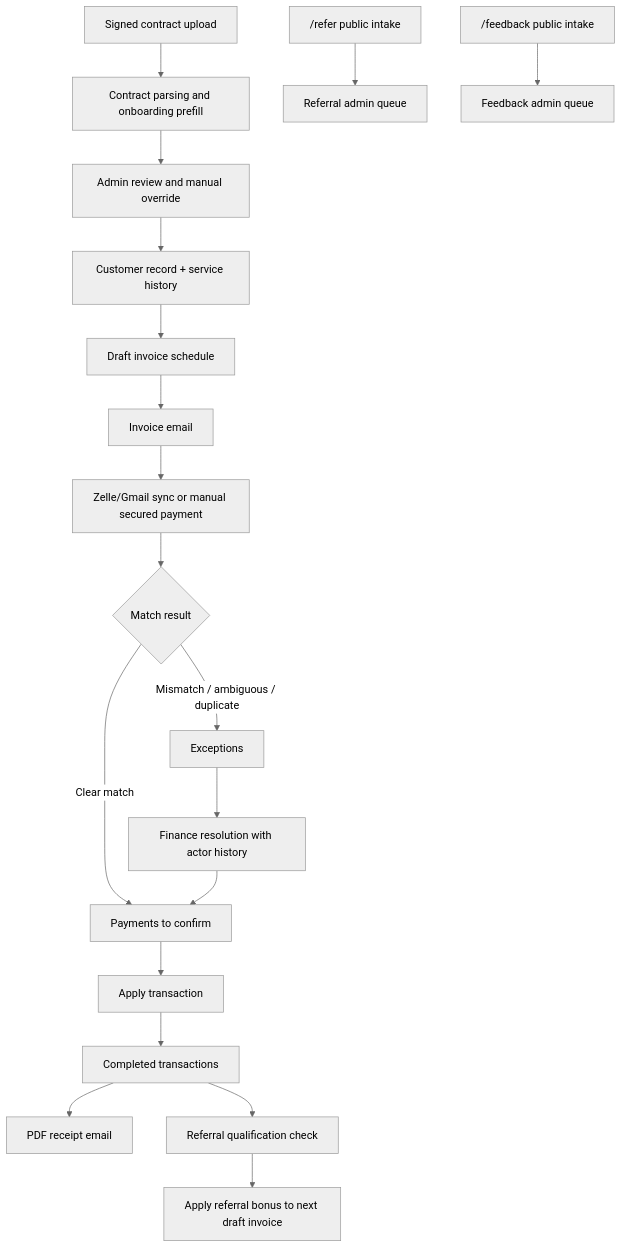
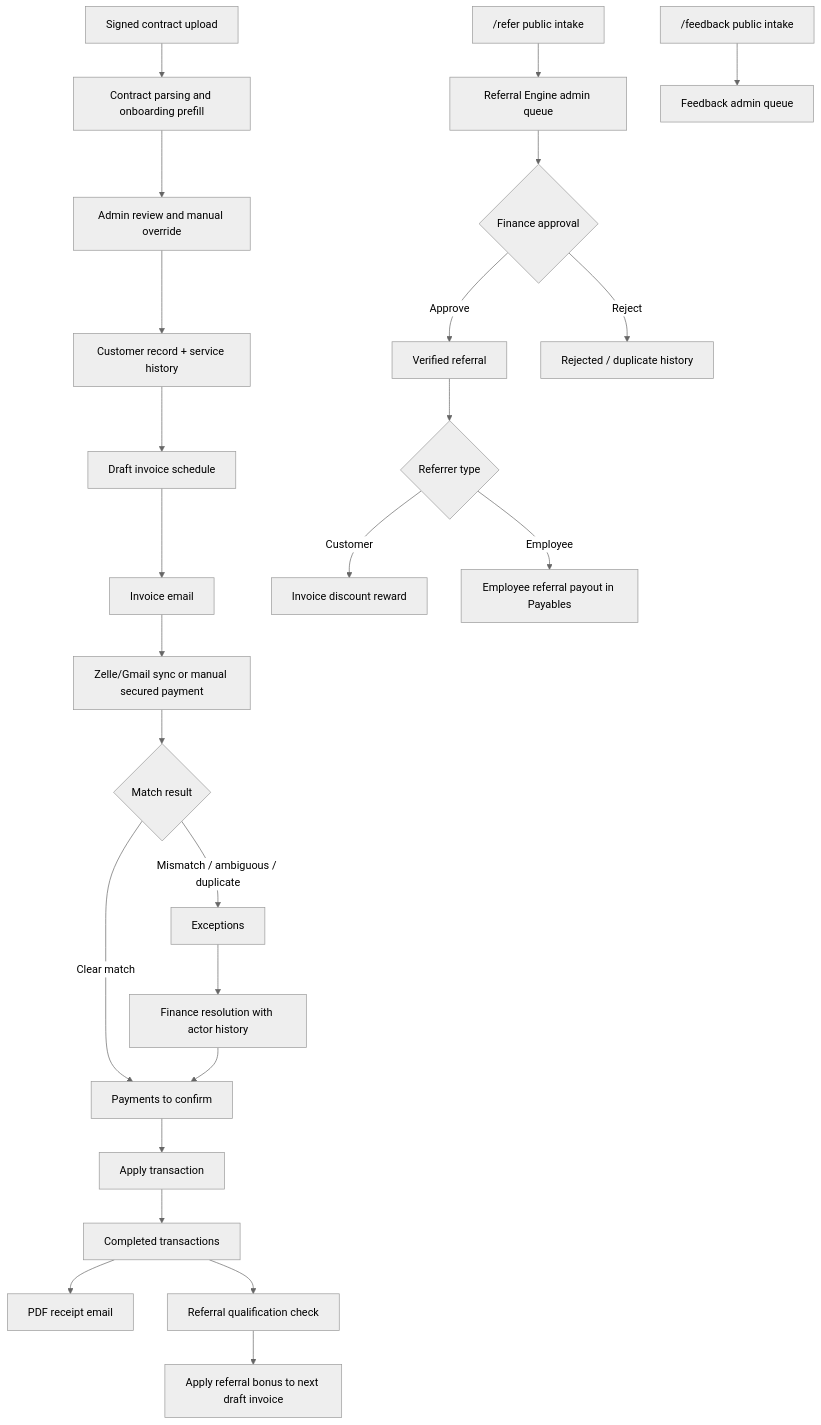
Before and after one commit to dlk710/setu-finance: the diagram in docs/current-state.md, drawn with Mermaid (neutral theme). The commit also changed other lines of this file and 32 other files, not shown here.

````diff
--- a/docs/current-state.md
+++ b/docs/current-state.md
@@ -43,21 +43,27 @@
 ```mermaid
 flowchart TD
     A["Signed contract upload"] --> B["Contract parsing and onboarding prefill"]
     B --> C["Admin review and manual override"]
     C --> D["Customer record + service history"]
     D --> E["Draft invoice schedule"]
     E --> F["Invoice email"]
     F --> G["Zelle/Gmail sync or manual secured payment"]
     G --> H{"Match result"}
     H -->|"Clear match"| I["Payments to confirm"]
     H -->|"Mismatch / ambiguous / duplicate"| J["Exceptions"]
     J --> K["Finance resolution with actor history"]
     K --> I
     I --> L["Apply transaction"]
     L --> M["Completed transactions"]
     M --> N["PDF receipt email"]
     M --> O["Referral qualification check"]
     O --> P["Apply referral bonus to next draft invoice"]
-    Q["/refer public intake"] --> R["Referral admin queue"]
+    Q["/refer public intake"] --> R["Referral Engine admin queue"]
+    R --> U{"Finance approval"}
+    U -->|"Approve"| V["Verified referral"]
+    U -->|"Reject"| W["Rejected / duplicate history"]
+    V --> X{"Referrer type"}
+    X -->|"Customer"| Y["Invoice discount reward"]
+    X -->|"Employee"| Z["Employee referral payout in Payables"]
     S["/feedback public intake"] --> T["Feedback admin queue"]
 ```
````
